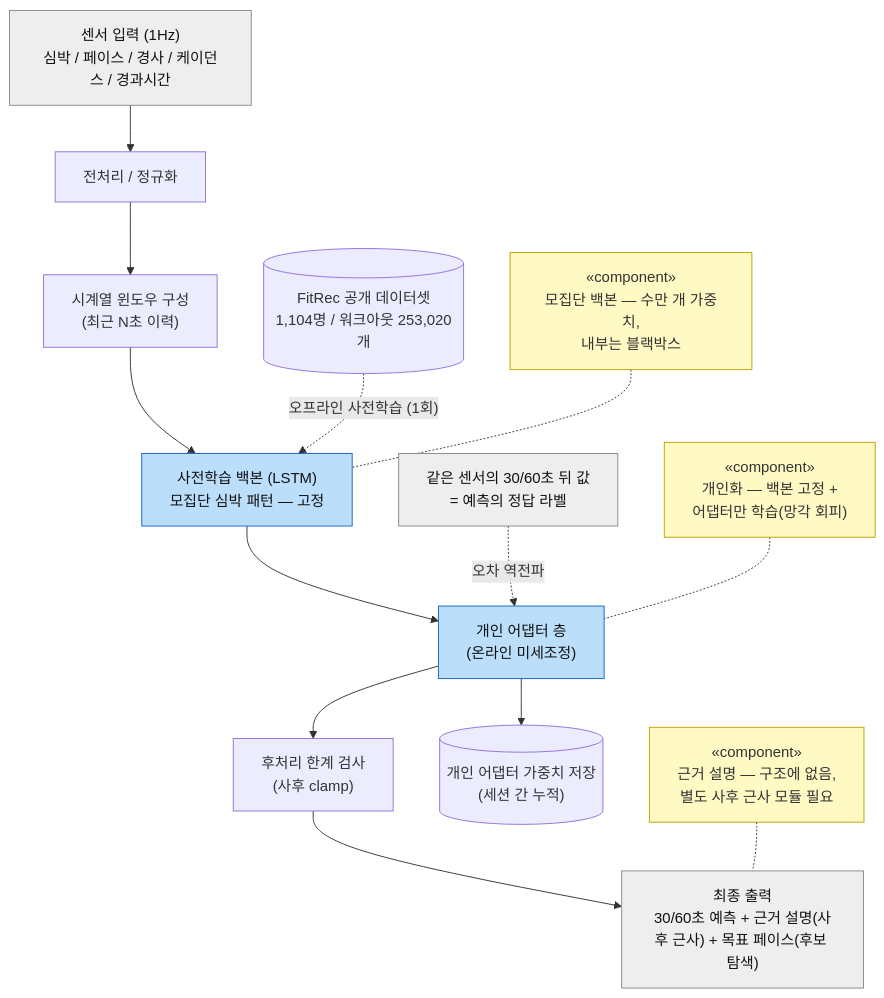
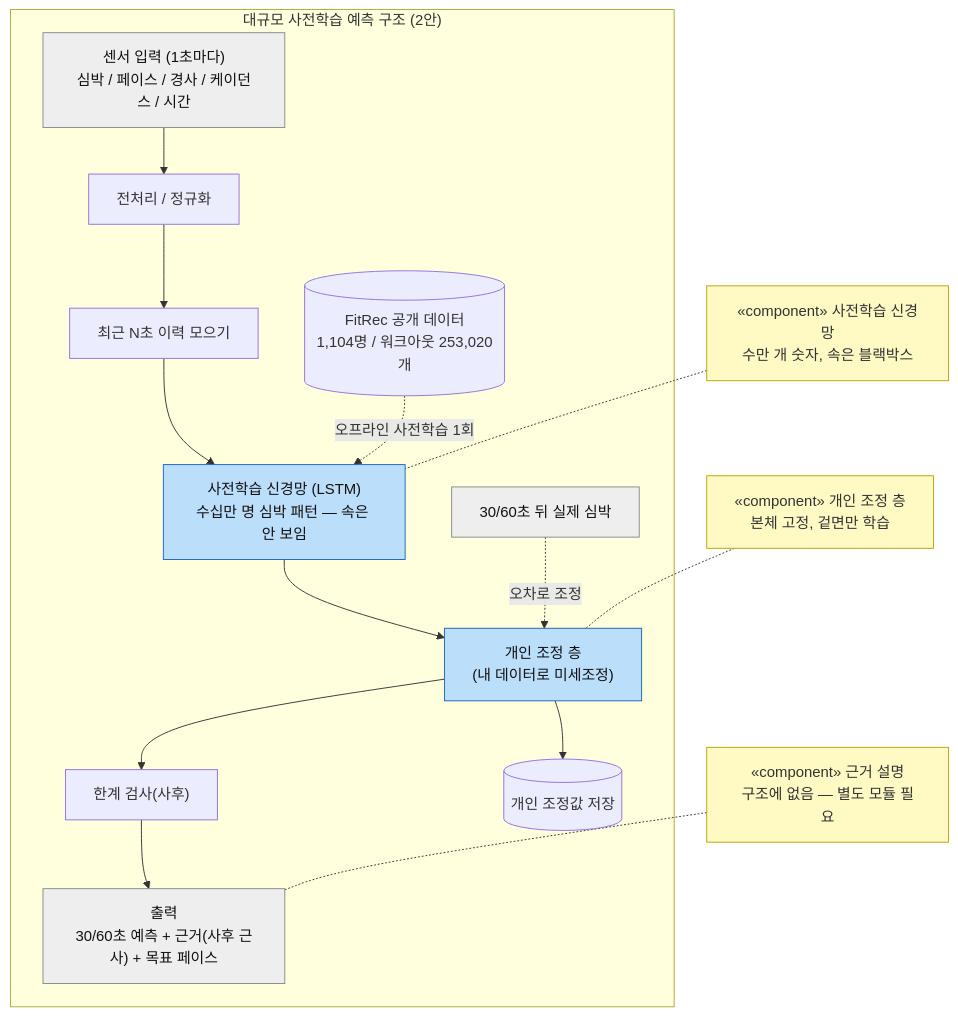
The second of 2 diagrams in report/report-006-dp1-hr-prediction.md (tenyearslove/zone2runner), drawn with Mermaid before and after one commit. The commit also changed other lines of this file, not shown here.

First line of the commit message:
docs(dp1): report-006 v3 전면 재작성 — 말투 인간화 + 공식 검증 근거 + 다이어그램

````diff
--- a/report/report-006-dp1-hr-prediction.md
+++ b/report/report-006-dp1-hr-prediction.md
@@ -147,24 +190,23 @@
 ```mermaid
 flowchart TD
-    A["센서 입력 (1Hz)<br/>심박 / 페이스 / 경사 / 케이던스 / 경과시간"] --> B["전처리 / 정규화"]
-    B --> C["시계열 윈도우 구성<br/>(최근 N초 이력)"]
-    C --> D["사전학습 백본 (LSTM)<br/>모집단 심박 패턴 — 고정"]
-    D --> E["개인 어댑터 층<br/>(온라인 미세조정)"]
-    E --> F["후처리 한계 검사<br/>(사후 clamp)"]
-    F --> G["최종 출력<br/>30/60초 예측 + 근거 설명(사후 근사) + 목표 페이스(후보 탐색)"]
-
-    P[("FitRec 공개 데이터셋<br/>1,104명 / 워크아웃 253,020개")] -. "오프라인 사전학습 (1회)" .-> D
-    H["같은 센서의 30/60초 뒤 값<br/>= 예측의 정답 라벨"] -. "오차 역전파" .-> E
-    E --> I[("개인 어댑터 가중치 저장<br/>(세션 간 누적)")]
-
-    N1["«component»<br/>모집단 백본 — 수만 개 가중치,<br/>내부는 블랙박스"] -.- D
-    N2["«component»<br/>개인화 — 백본 고정 +<br/>어댑터만 학습(망각 회피)"] -.- E
-    N3["«component»<br/>근거 설명 — 구조에 없음,<br/>별도 사후 근사 모듈 필요"] -.- G
-
+    subgraph S["대규모 사전학습 예측 구조 (2안)"]
+      A["센서 입력 (1초마다)<br/>심박 / 페이스 / 경사 / 케이던스 / 시간"] --> B["전처리 / 정규화"]
+      B --> C["최근 N초 이력 모으기"]
+      C --> D["사전학습 신경망 (LSTM)<br/>수십만 명 심박 패턴 — 속은 안 보임"]
+      D --> E["개인 조정 층<br/>(내 데이터로 미세조정)"]
+      E --> F["한계 검사(사후)"]
+      F --> G["출력<br/>30/60초 예측 + 근거(사후 근사) + 목표 페이스"]
+      P[("FitRec 공개 데이터<br/>1,104명 / 워크아웃 253,020개")] -. "오프라인 사전학습 1회" .-> D
+      H["30/60초 뒤 실제 심박"] -. "오차로 조정" .-> E
+      E --> I[("개인 조정값 저장")]
+    end
+    N1["«component» 사전학습 신경망<br/>수만 개 숫자, 속은 블랙박스"] -.- D
+    N2["«component» 개인 조정 층<br/>본체 고정, 겉면만 학습"] -.- E
+    N3["«component» 근거 설명<br/>구조에 없음 — 별도 모듈 필요"] -.- G
     classDef comp fill:#fff9c4,stroke:#c0a000,color:#333
     classDef core fill:#bbdefb,stroke:#1565c0,color:#111
     classDef io fill:#eeeeee,stroke:#888,color:#111
     class N1,N2,N3 comp
     class D,E core
     class A,G,H io
 ```
````
